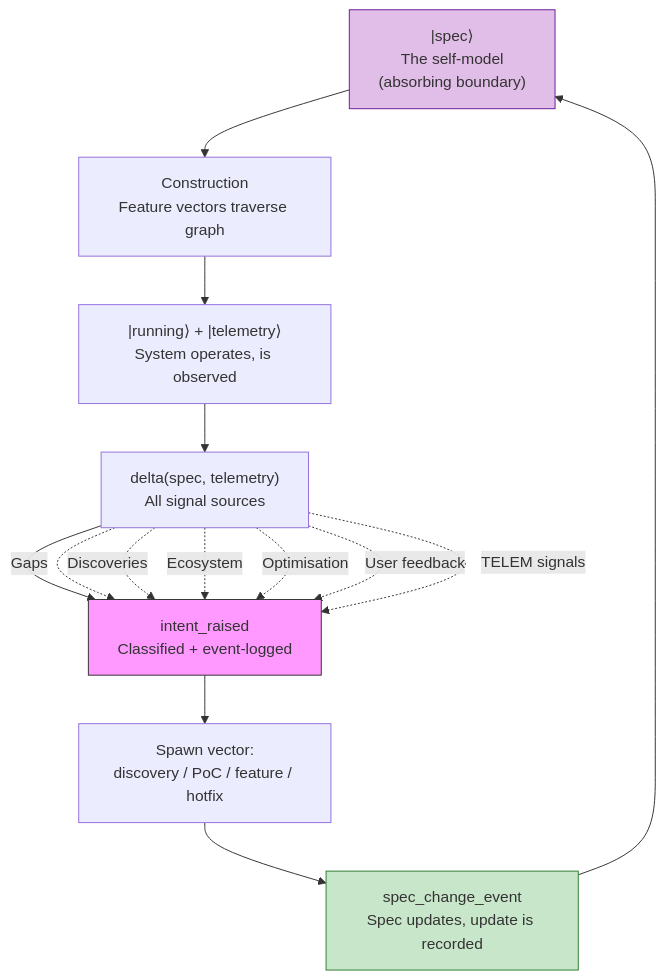
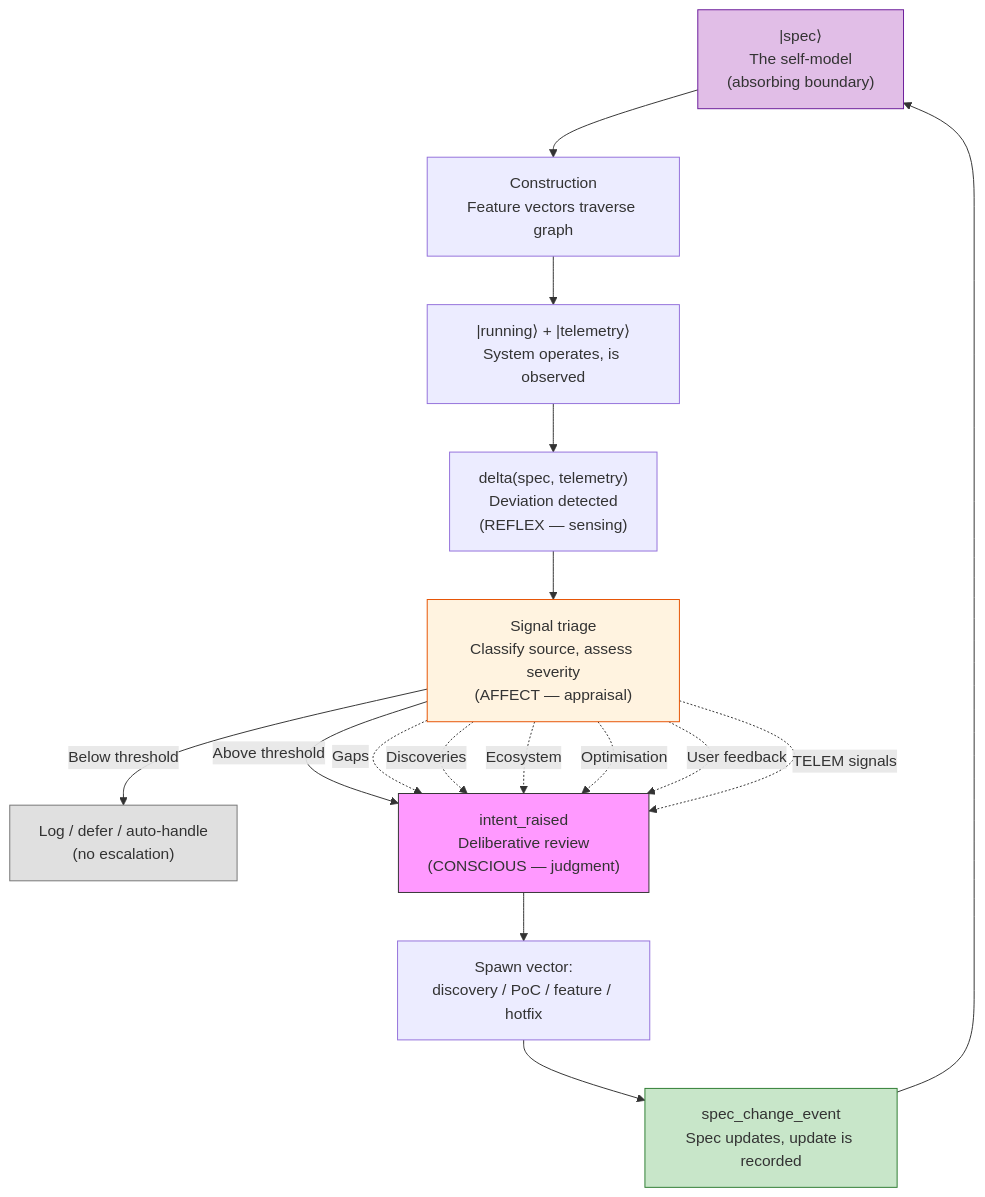
One commit to foolishimp/ai_sdlc_method changed the tenth of 11 diagrams in docs/specification/AI_SDLC_ASSET_GRAPH_MODEL.md. Above: the diagram before and after it, drawn with Mermaid. The commit also changed other lines of this file and 8 other files, not shown here.

````diff
--- a/docs/specification/AI_SDLC_ASSET_GRAPH_MODEL.md
+++ b/docs/specification/AI_SDLC_ASSET_GRAPH_MODEL.md
@@ -914,21 +1070,25 @@
 ```mermaid
 flowchart TD
     SPEC["|spec⟩\nThe self-model\n(absorbing boundary)"] --> CONSTRUCT["Construction\nFeature vectors traverse graph"]
     CONSTRUCT --> RUN["|running⟩ + |telemetry⟩\nSystem operates, is observed"]
-    RUN --> DELTA["delta(spec, telemetry)\nAll signal sources"]
-    DELTA --> INTENT["intent_raised\nClassified + event-logged"]
+    RUN --> DELTA["delta(spec, telemetry)\nDeviation detected\n(REFLEX — sensing)"]
+    DELTA --> TRIAGE["Signal triage\nClassify source, assess severity\n(AFFECT — appraisal)"]
+    TRIAGE --> |"Below threshold"| DEFER["Log / defer / auto-handle\n(no escalation)"]
+    TRIAGE --> |"Above threshold"| INTENT["intent_raised\nDeliberative review\n(CONSCIOUS — judgment)"]
     INTENT --> SPAWN["Spawn vector:\ndiscovery / PoC / feature / hotfix"]
     SPAWN --> SPECMOD["spec_change_event\nSpec updates, update is recorded"]
     SPECMOD --> SPEC
 
-    DELTA -.-> |"Gaps"| INTENT
-    DELTA -.-> |"Discoveries"| INTENT
-    DELTA -.-> |"Ecosystem"| INTENT
-    DELTA -.-> |"Optimisation"| INTENT
-    DELTA -.-> |"User feedback"| INTENT
-    DELTA -.-> |"TELEM signals"| INTENT
+    TRIAGE -.-> |"Gaps"| INTENT
+    TRIAGE -.-> |"Discoveries"| INTENT
+    TRIAGE -.-> |"Ecosystem"| INTENT
+    TRIAGE -.-> |"Optimisation"| INTENT
+    TRIAGE -.-> |"User feedback"| INTENT
+    TRIAGE -.-> |"TELEM signals"| INTENT
 
     style SPEC fill:#e1bee7,stroke:#6a1b9a
+    style TRIAGE fill:#fff3e0,stroke:#e65100
     style INTENT fill:#f9f,stroke:#333
     style SPECMOD fill:#c8e6c9,stroke:#2e7d32
+    style DEFER fill:#e0e0e0,stroke:#757575
 ```
````
